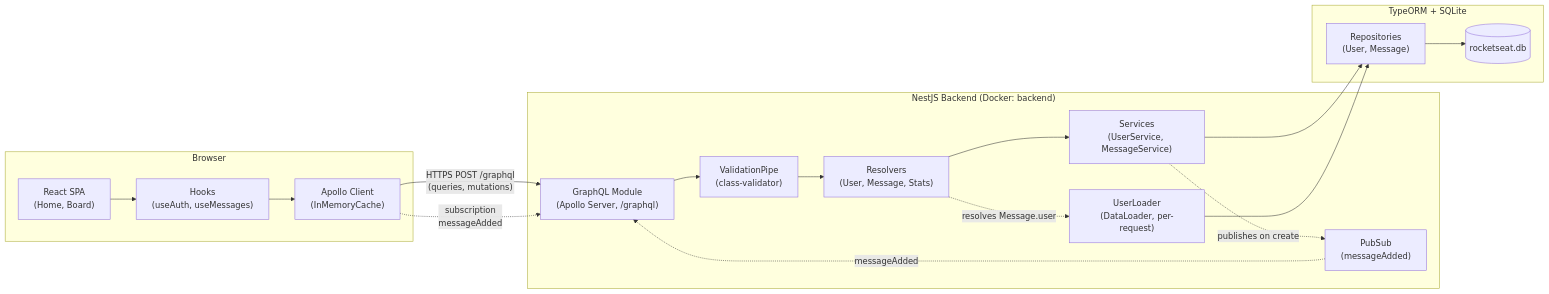
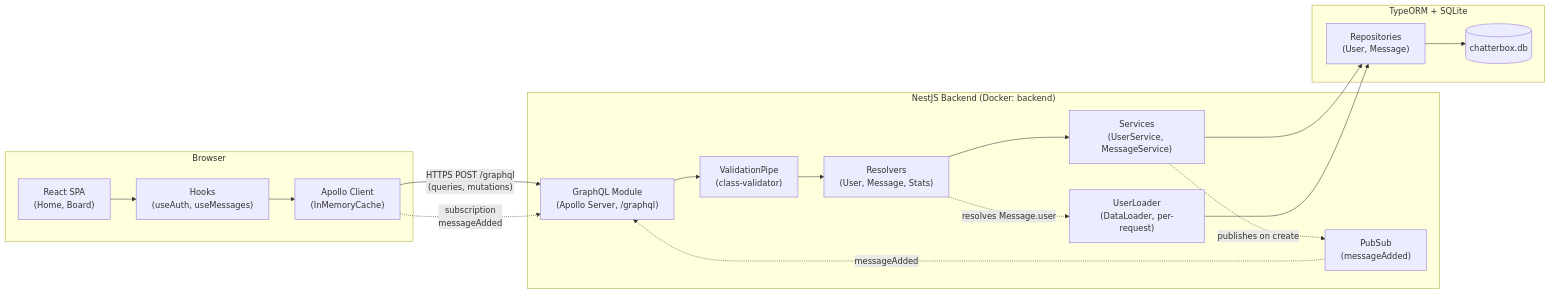
Before and after one commit to luizcurti/graphql-message-board: the diagram in docs/mmd/architecture.mmd, drawn with Mermaid. The commit also changed 23 other files, not shown here.

```diff
--- a/docs/mmd/architecture.mmd
+++ b/docs/mmd/architecture.mmd
@@ -1,33 +1,33 @@
 flowchart LR
     subgraph Browser["Browser"]
         UI["React SPA<br/>(Home, Board)"]
         Hooks["Hooks<br/>(useAuth, useMessages)"]
         Apollo["Apollo Client<br/>(InMemoryCache)"]
         UI --> Hooks --> Apollo
     end
 
     subgraph Server["NestJS Backend (Docker: backend)"]
         GQL["GraphQL Module<br/>(Apollo Server, /graphql)"]
         VP["ValidationPipe<br/>(class-validator)"]
         Resolvers["Resolvers<br/>(User, Message, Stats)"]
         Services["Services<br/>(UserService, MessageService)"]
         Loader["UserLoader<br/>(DataLoader, per-request)"]
         PubSub["PubSub<br/>(messageAdded)"]
 
         GQL --> VP --> Resolvers
         Resolvers --> Services
         Resolvers -. "resolves Message.user" .-> Loader
         Services -. "publishes on create" .-> PubSub
         PubSub -. "messageAdded" .-> GQL
     end
 
     subgraph DB["TypeORM + SQLite"]
         Repo["Repositories<br/>(User, Message)"]
-        SQLite[("rocketseat.db")]
+        SQLite[("chatterbox.db")]
         Repo --> SQLite
     end
 
     Apollo -- "HTTPS POST /graphql<br/>(queries, mutations)" --> GQL
     Apollo -. "subscription<br/>messageAdded" .-> GQL
     Services --> Repo
     Loader --> Repo
```
